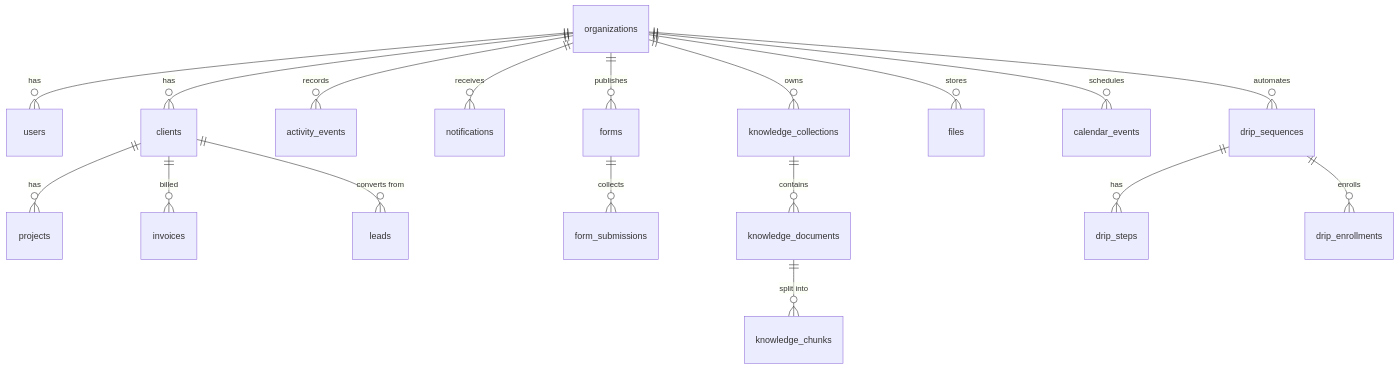
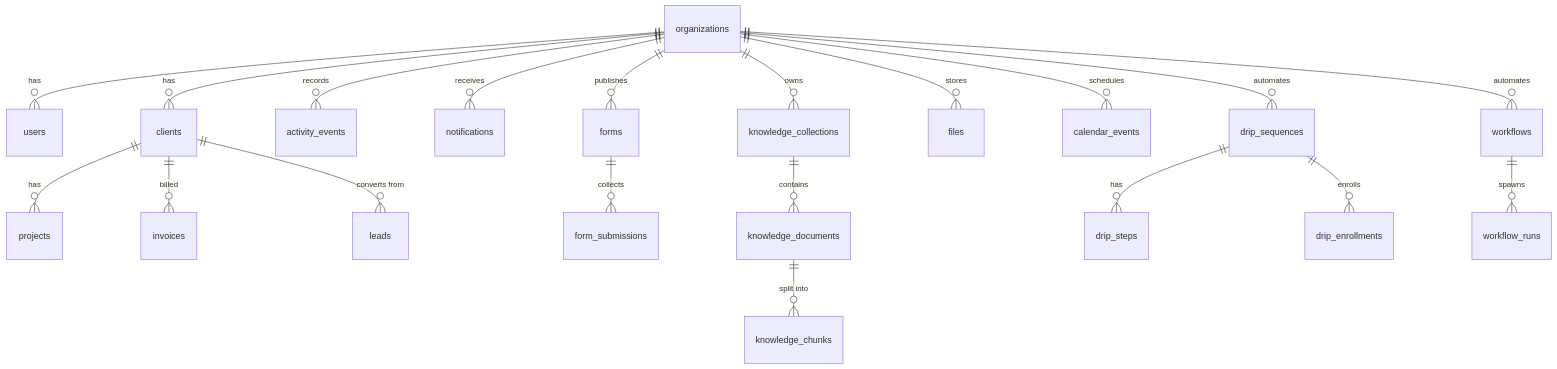
Before and after one commit to Millersg1/faith-harbor-developer-platform: the diagram in docs/02_DATABASE.md, drawn with Mermaid. The commit also changed other lines of this file and 6 other files, not shown here.

Commit message:
docs(workflows): P3-M1 DoD — changelog, ADR-011, DB, modules, API, status, roadmap

````diff
--- a/docs/02_DATABASE.md
+++ b/docs/02_DATABASE.md
@@ -80,20 +80,22 @@
 ```mermaid
 erDiagram
   organizations ||--o{ users : has
   organizations ||--o{ clients : has
   clients ||--o{ projects : has
   clients ||--o{ invoices : billed
   clients ||--o{ leads : "converts from"
   organizations ||--o{ activity_events : records
   organizations ||--o{ notifications : receives
   organizations ||--o{ forms : publishes
   forms ||--o{ form_submissions : collects
   organizations ||--o{ knowledge_collections : owns
   knowledge_collections ||--o{ knowledge_documents : contains
   knowledge_documents ||--o{ knowledge_chunks : "split into"
   organizations ||--o{ files : stores
   organizations ||--o{ calendar_events : schedules
   organizations ||--o{ drip_sequences : automates
   drip_sequences ||--o{ drip_steps : has
   drip_sequences ||--o{ drip_enrollments : enrolls
+  organizations ||--o{ workflows : automates
+  workflows ||--o{ workflow_runs : "spawns"
 ```
````
